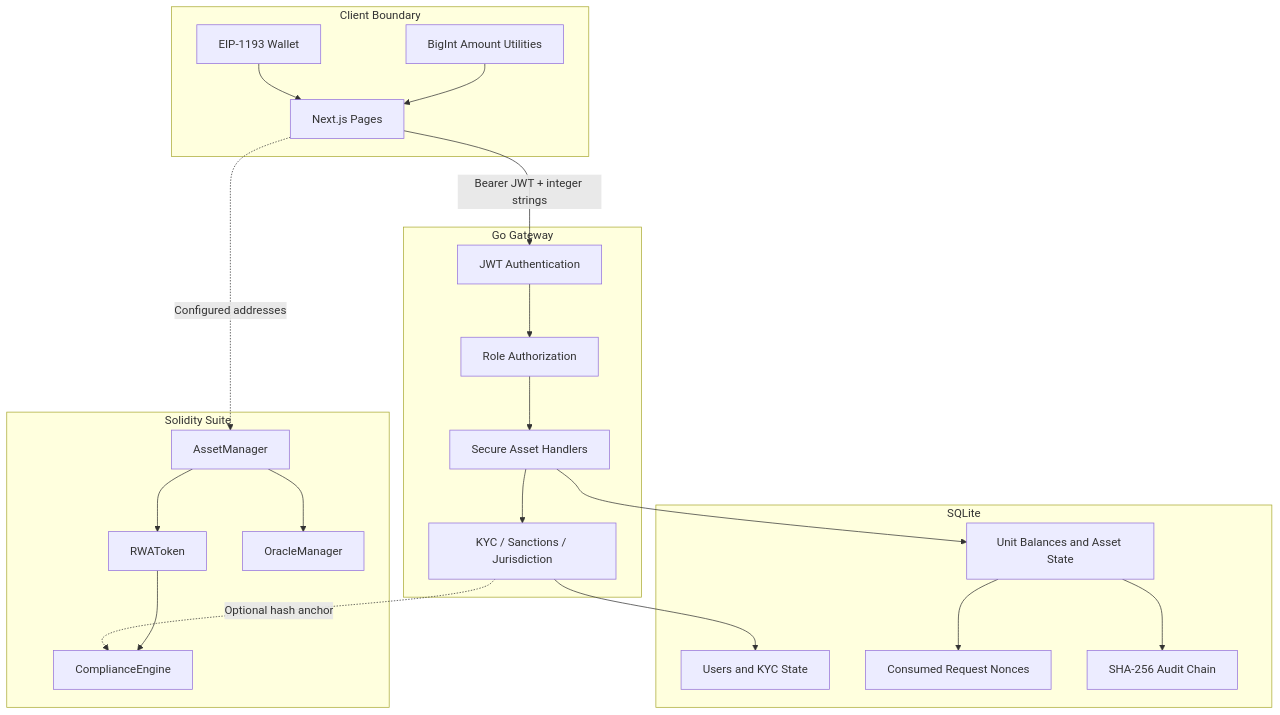
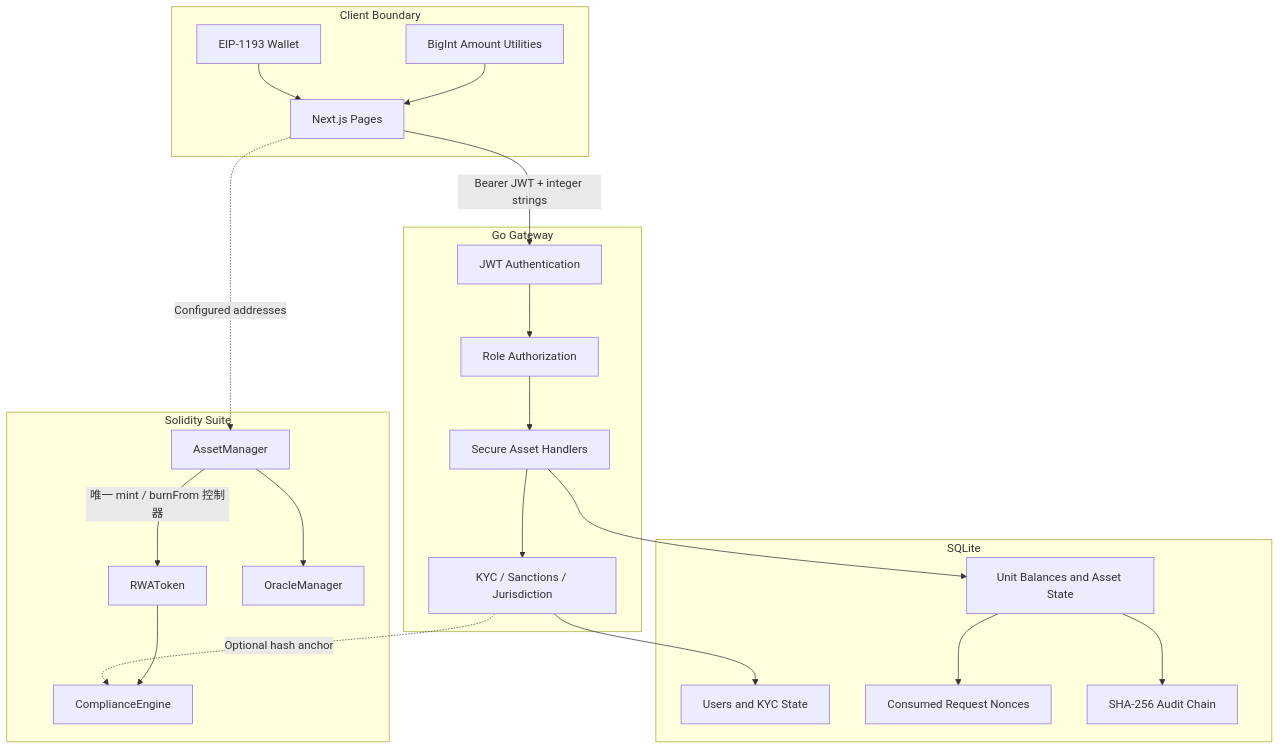
One commit to atouyang2084-stack/rwa-compliance-gateway changed the diagram in 项目全景图.md. Above: the diagram before and after it, drawn with Mermaid. The commit also changed other lines of this file and 13 other files, not shown here.

Commit message:
fix: bind token supply to asset manager

````diff
--- a/项目全景图.md
+++ b/项目全景图.md
@@ -20,45 +20,45 @@
 ```mermaid
 flowchart TB
     subgraph Client["Client Boundary"]
         UI["Next.js Pages"]
         Wallet["EIP-1193 Wallet"]
         Amount["BigInt Amount Utilities"]
     end
 
     subgraph API["Go Gateway"]
         Auth["JWT Authentication"]
         RBAC["Role Authorization"]
         Compliance["KYC / Sanctions / Jurisdiction"]
         Handler["Secure Asset Handlers"]
     end
 
     subgraph Storage["SQLite"]
         User["Users and KYC State"]
         Ledger["Unit Balances and Asset State"]
         Nonce["Consumed Request Nonces"]
         Audit["SHA-256 Audit Chain"]
     end
 
     subgraph Chain["Solidity Suite"]
         Engine["ComplianceEngine"]
         Manager["AssetManager"]
         Token["RWAToken"]
         Oracle["OracleManager"]
     end
 
     Wallet --> UI
     Amount --> UI
     UI -->|"Bearer JWT + integer strings"| Auth
     Auth --> RBAC
     RBAC --> Handler
     Handler --> Compliance
     Handler --> Ledger
     Ledger --> Nonce
     Ledger --> Audit
     Compliance --> User
     Compliance -. "Optional hash anchor" .-> Engine
     UI -. "Configured addresses" .-> Manager
-    Manager --> Token
+    Manager -->|"唯一 mint / burnFrom 控制器"| Token
     Manager --> Oracle
     Token --> Engine
 ```
````
